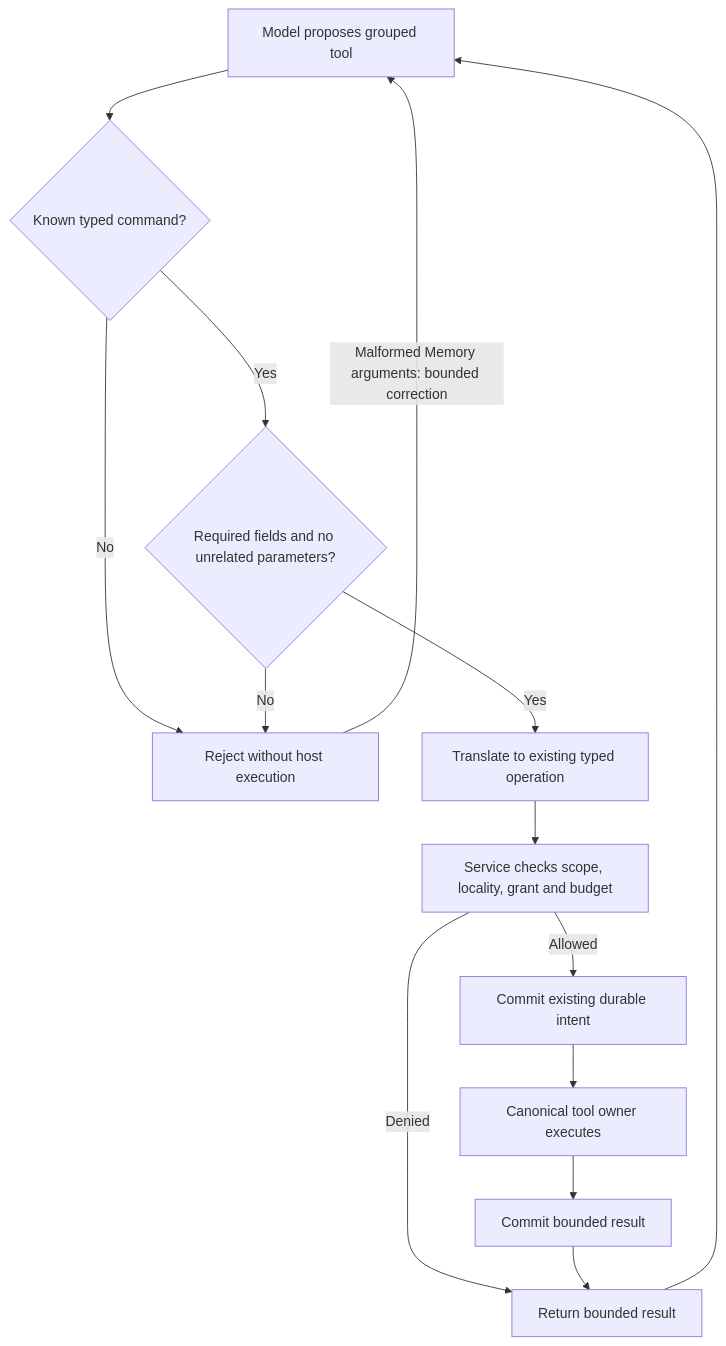
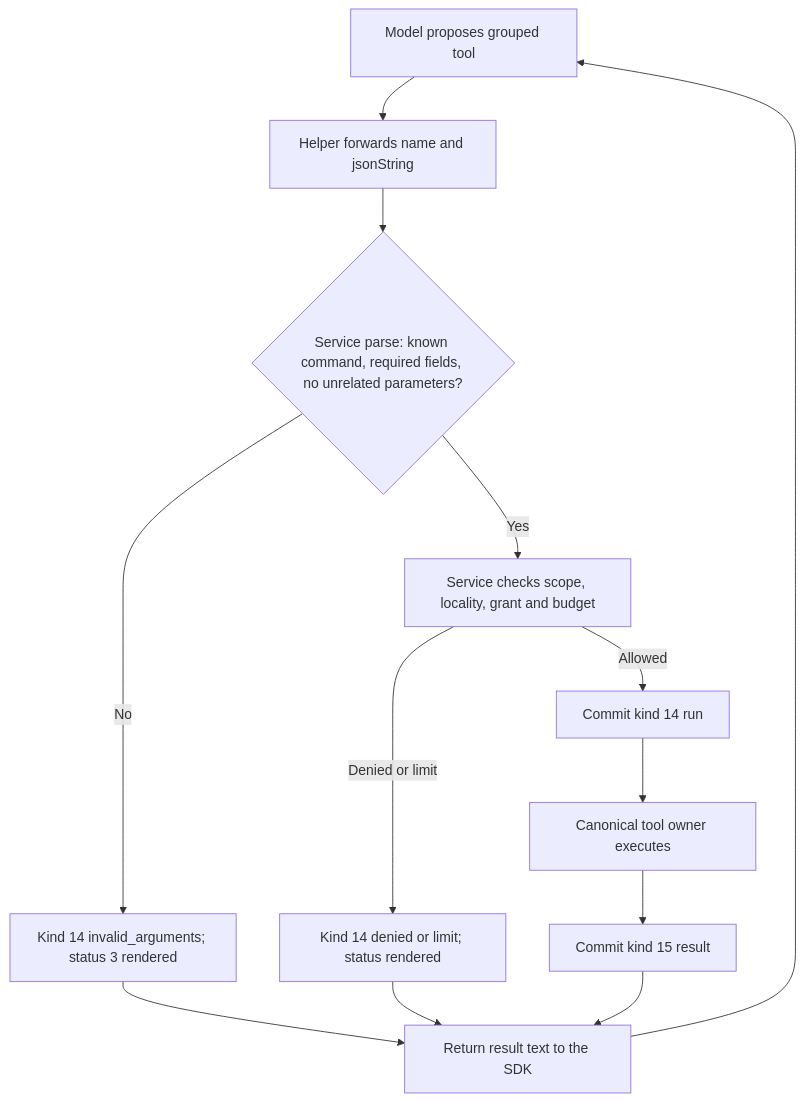
The diagram in docs/designs/consolidated-tools.md (pidster/asura), drawn with Mermaid before and after one commit. The commit also changed other lines of this file and 77 other files, not shown here.

````diff
--- a/docs/designs/consolidated-tools.md
+++ b/docs/designs/consolidated-tools.md
@@ -72,16 +83,15 @@
 ```mermaid
 flowchart TD
-    Model[Model proposes grouped tool] --> Command{Known typed command?}
-    Command -->|No| Reject[Reject without host execution]
-    Command -->|Yes| Fields{Required fields and no unrelated parameters?}
-    Fields -->|No| Reject
-    Reject -->|Malformed Memory arguments: bounded correction| Model
-    Fields -->|Yes| Translate[Translate to existing typed operation]
-    Translate --> Grant[Service checks scope, locality, grant and budget]
-    Grant -->|Denied| Result[Return bounded result]
-    Grant -->|Allowed| Intent[Commit existing durable intent]
-    Intent --> Owner[Canonical tool owner executes]
-    Owner --> Commit[Commit bounded result]
+    Model[Model proposes grouped tool] --> Helper[Helper forwards name and jsonString]
+    Helper --> Parse{Service parse: known command, required fields, no unrelated parameters?}
+    Parse -->|No| Invalid[Kind 14 invalid_arguments; status 3 rendered]
+    Parse -->|Yes| Grant[Service checks scope, locality, grant and budget]
+    Grant -->|Denied or limit| Rejected[Kind 14 denied or limit; status rendered]
+    Grant -->|Allowed| Run[Commit kind 14 run]
+    Run --> Owner[Canonical tool owner executes]
+    Owner --> Commit[Commit kind 15 result]
+    Invalid --> Result[Return result text to the SDK]
+    Rejected --> Result
     Commit --> Result
     Result --> Model
 ```
````
